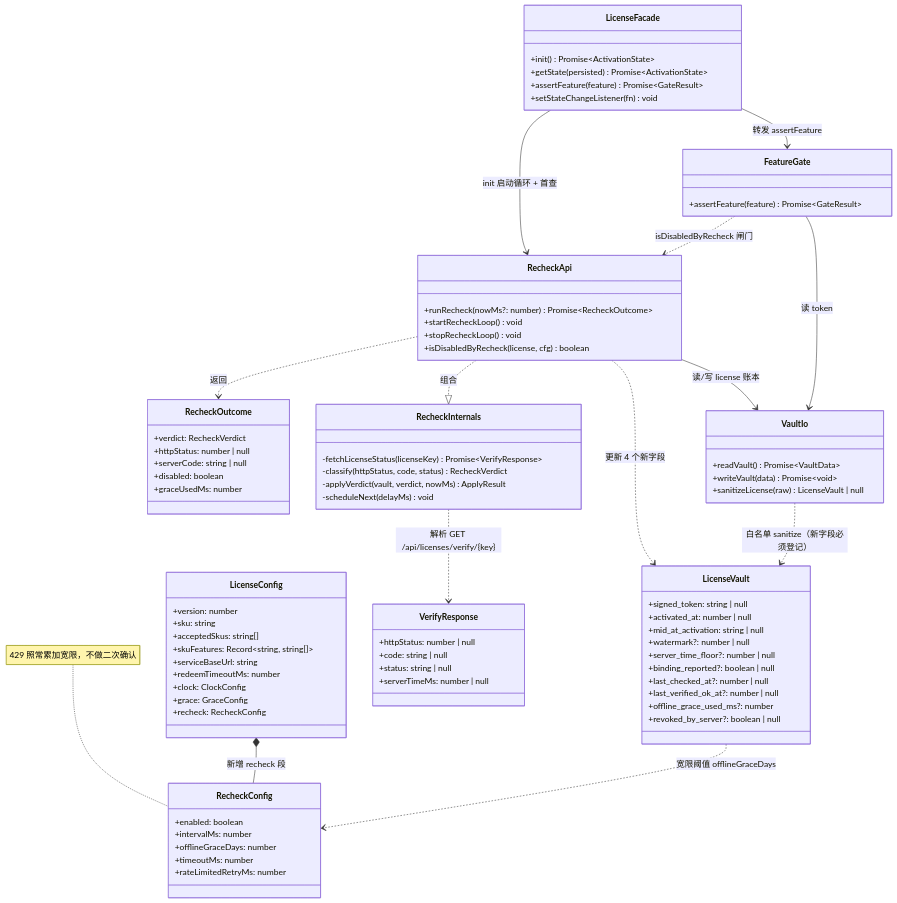
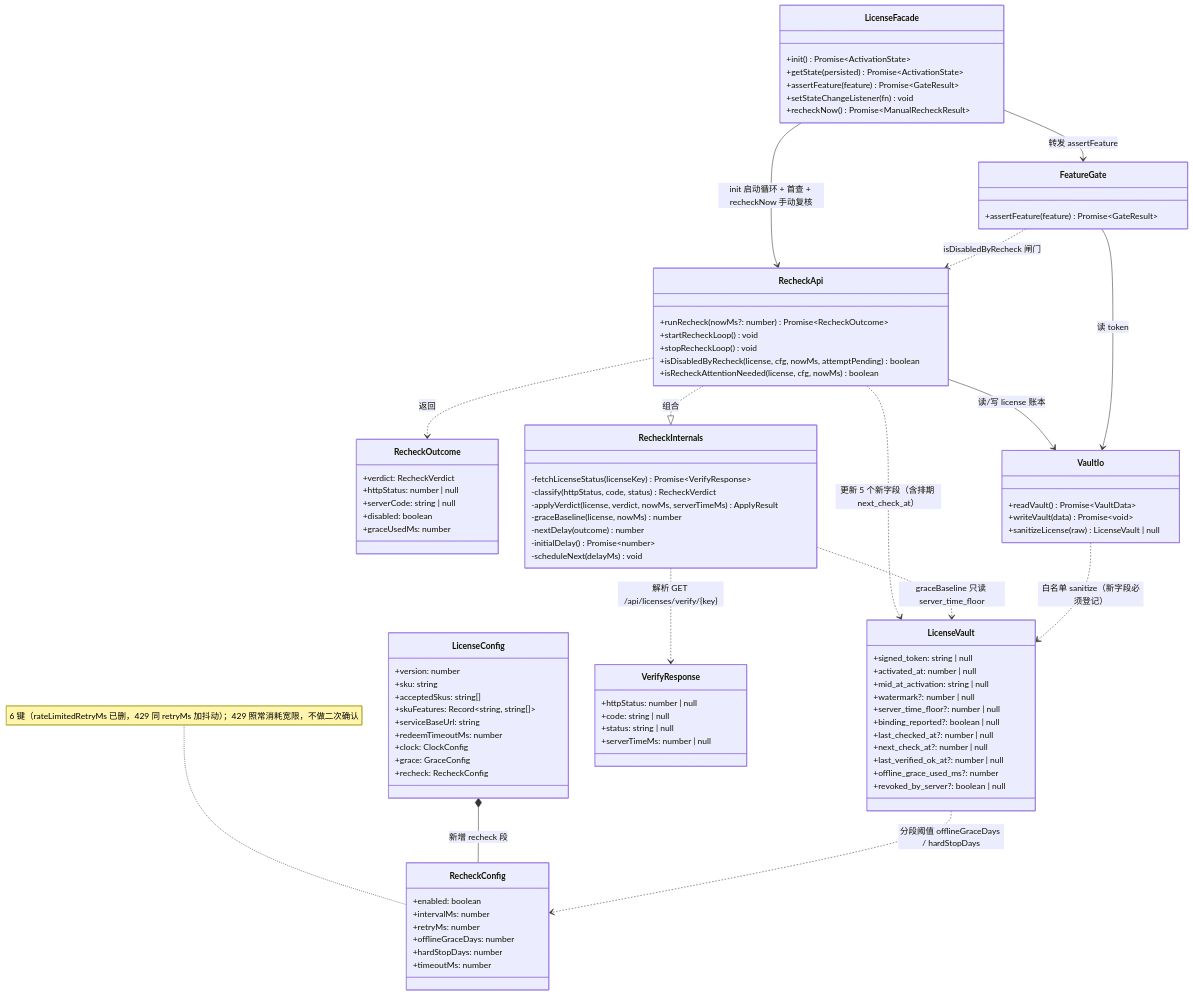
One commit to qingchuang12/ai-tools changed the diagram in doc/license-recheck-class.mermaid. Above: the diagram before and after it, drawn with Mermaid. The commit also changed 34 other files, not shown here.

Commit message:
docs: 更新授权复核设计文档与图表

```diff
--- a/doc/license-recheck-class.mermaid
+++ b/doc/license-recheck-class.mermaid
@@ -1,96 +1,104 @@
 classDiagram
     %% ai-tools 定期联网复核授权状态 —— 类/接口图（只画新增与改动部分）
 
     class LicenseConfig {
         +version: number
         +sku: string
         +acceptedSkus: string[]
         +skuFeatures: Record~string, string[]~
         +serviceBaseUrl: string
         +redeemTimeoutMs: number
         +clock: ClockConfig
         +grace: GraceConfig
         +recheck: RecheckConfig
     }
 
     class RecheckConfig {
         +enabled: boolean
         +intervalMs: number
+        +retryMs: number
         +offlineGraceDays: number
+        +hardStopDays: number
         +timeoutMs: number
-        +rateLimitedRetryMs: number
     }
 
-    note for RecheckConfig "429 照常累加宽限，不做二次确认"
+    note for RecheckConfig "6 键（rateLimitedRetryMs 已删，429 同 retryMs 加抖动）；429 照常消耗宽限，不做二次确认"
 
     class LicenseVault {
         +signed_token: string | null
         +activated_at: number | null
         +mid_at_activation: string | null
         +watermark?: number | null
         +server_time_floor?: number | null
         +binding_reported?: boolean | null
         +last_checked_at?: number | null
+        +next_check_at?: number | null
         +last_verified_ok_at?: number | null
         +offline_grace_used_ms?: number
         +revoked_by_server?: boolean | null
     }
 
     class RecheckOutcome {
         +verdict: RecheckVerdict
         +httpStatus: number | null
         +serverCode: string | null
         +disabled: boolean
         +graceUsedMs: number
     }
 
     class RecheckApi {
         +runRecheck(nowMs?: number) Promise~RecheckOutcome~
         +startRecheckLoop() void
         +stopRecheckLoop() void
-        +isDisabledByRecheck(license, cfg) boolean
+        +isDisabledByRecheck(license, cfg, nowMs, attemptPending) boolean
+        +isRecheckAttentionNeeded(license, cfg, nowMs) boolean
     }
 
     class RecheckInternals {
         -fetchLicenseStatus(licenseKey) Promise~VerifyResponse~
         -classify(httpStatus, code, status) RecheckVerdict
-        -applyVerdict(vault, verdict, nowMs) ApplyResult
+        -applyVerdict(license, verdict, nowMs, serverTimeMs) ApplyResult
+        -graceBaseline(license, nowMs) number
+        -nextDelay(outcome) number
+        -initialDelay() Promise~number~
         -scheduleNext(delayMs) void
     }
 
     class VaultIo {
         +readVault() Promise~VaultData~
         +writeVault(data) Promise~void~
         +sanitizeLicense(raw) LicenseVault | null
     }
 
     class LicenseFacade {
         +init() Promise~ActivationState~
         +getState(persisted) Promise~ActivationState~
         +assertFeature(feature) Promise~GateResult~
         +setStateChangeListener(fn) void
+        +recheckNow() Promise~ManualRecheckResult~
     }
 
     class FeatureGate {
         +assertFeature(feature) Promise~GateResult~
     }
 
     class VerifyResponse {
         +httpStatus: number | null
         +code: string | null
         +status: string | null
         +serverTimeMs: number | null
     }
 
     LicenseConfig *-- RecheckConfig : 新增 recheck 段
-    LicenseVault ..> RecheckConfig : 宽限阈值 offlineGraceDays
+    LicenseVault ..> RecheckConfig : 分段阈值 offlineGraceDays / hardStopDays
     RecheckApi ..|> RecheckInternals : 组合
     RecheckApi ..> RecheckOutcome : 返回
     RecheckInternals ..> VerifyResponse : 解析 GET /api/licenses/verify/{key}
     RecheckApi --> VaultIo : 读/写 license 账本
-    RecheckApi ..> LicenseVault : 更新 4 个新字段
-    LicenseFacade --> RecheckApi : init 启动循环 + 首查
+    RecheckApi ..> LicenseVault : 更新 5 个新字段（含排期 next_check_at）
+    RecheckInternals ..> LicenseVault : graceBaseline 只读 server_time_floor
+    LicenseFacade --> RecheckApi : init 启动循环 + 首查 + recheckNow 手动复核
     LicenseFacade --> FeatureGate : 转发 assertFeature
     FeatureGate ..> RecheckApi : isDisabledByRecheck 闸门
     FeatureGate --> VaultIo : 读 token
     VaultIo ..> LicenseVault : 白名单 sanitize（新字段必须登记）
```
